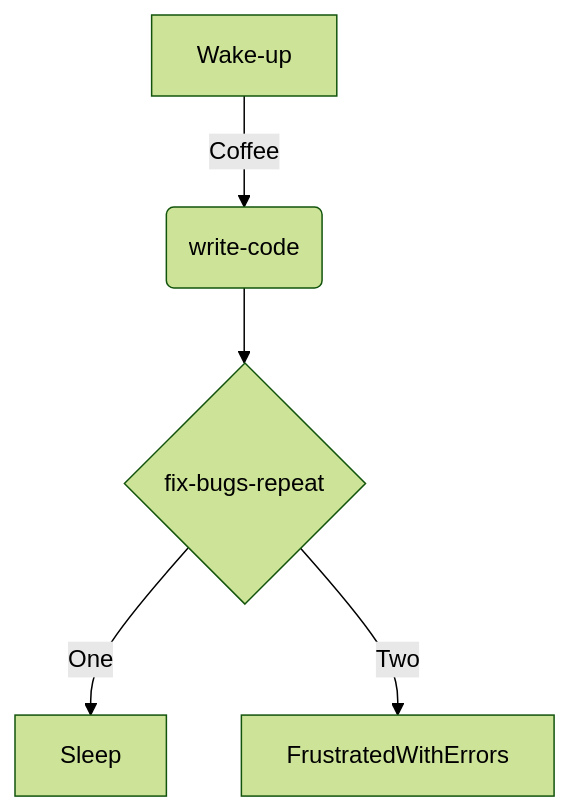
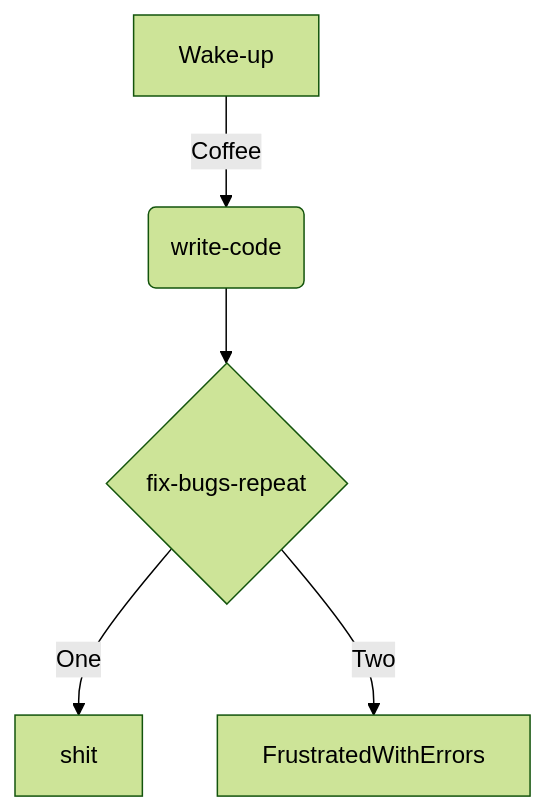
The diagram in README.md (luizfrz/luizfrz), drawn with Mermaid (forest theme) before and after one commit.

````diff
--- a/README.md
+++ b/README.md
@@ -90,8 +90,8 @@
  ```mermaid
 graph TD;
     A[Wake-up] -->|Coffee| B(write-code)
     B --> C{fix-bugs-repeat}
-    C -->|One| D["Sleep"]
+    C -->|One| D["shit"]
     C -->|Two| E[FrustratedWithErrors]
 
 ```
````
